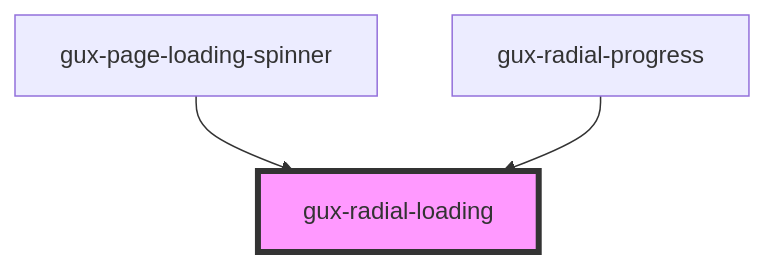
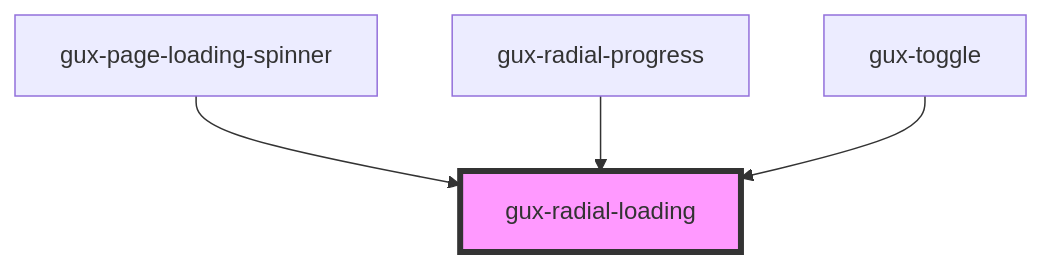
The diagram in src/components/stable/gux-radial-loading/readme.md (MyPureCloud/genesys-spark), drawn with Mermaid before and after one commit. The commit also changed other lines of this file and 19 other files, not shown here.

First line of the commit message:
feat(toggle): added error and loading states

````diff
--- a/src/components/stable/gux-radial-loading/readme.md
+++ b/src/components/stable/gux-radial-loading/readme.md
@@ -27,6 +28,7 @@
 ```mermaid
 graph TD;
   gux-page-loading-spinner --> gux-radial-loading
   gux-radial-progress --> gux-radial-loading
+  gux-toggle --> gux-radial-loading
   style gux-radial-loading fill:#f9f,stroke:#333,stroke-width:4px
 ```
````
